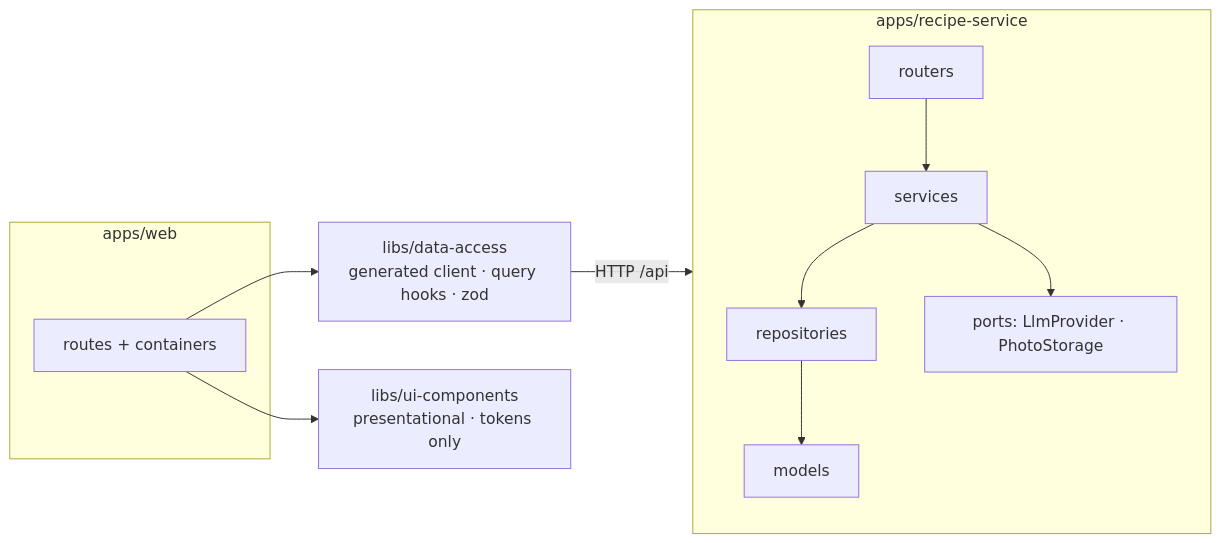
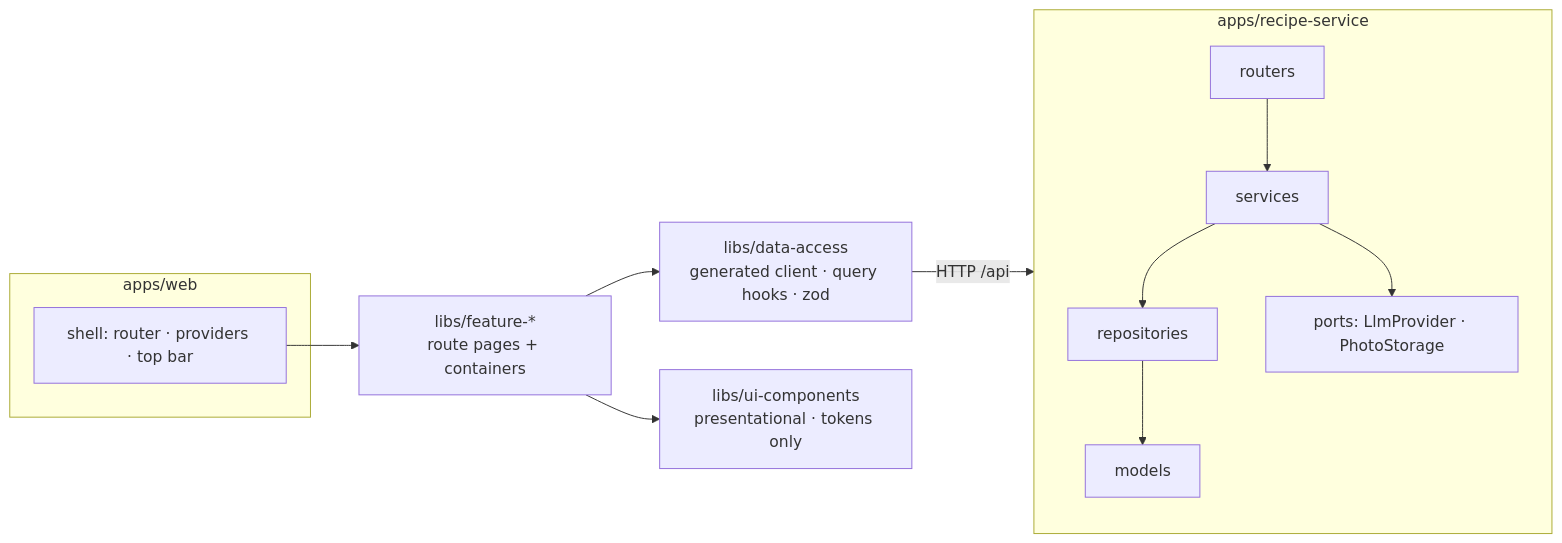
Before and after one commit to adigoldstein/recipes: the first of 2 diagrams in _bmad-output/planning-artifacts/architecture/architecture-recipes-2026-10-26/ARCHITECTURE-SPINE.md, drawn with Mermaid. The commit also changed other lines of this file and 48 other files, not shown here.

````diff
--- a/_bmad-output/planning-artifacts/architecture/architecture-recipes-2026-10-26/ARCHITECTURE-SPINE.md
+++ b/_bmad-output/planning-artifacts/architecture/architecture-recipes-2026-10-26/ARCHITECTURE-SPINE.md
@@ -26,16 +26,18 @@
 ```mermaid
 flowchart LR
   subgraph web[apps/web]
-    routes[routes + containers]
+    shell[shell: router · providers · top bar]
   end
+  feat[libs/feature-*<br/>route pages + containers]
   da[libs/data-access<br/>generated client · query hooks · zod]
   ui[libs/ui-components<br/>presentational · tokens only]
   subgraph api[apps/recipe-service]
     direction TB
     r[routers] --> s[services] --> repo[repositories] --> m[models]
     s --> ports[ports: LlmProvider · PhotoStorage]
   end
-  routes --> da
-  routes --> ui
+  shell --> feat
+  feat --> da
+  feat --> ui
   da -- HTTP /api --> r
 ```
````
